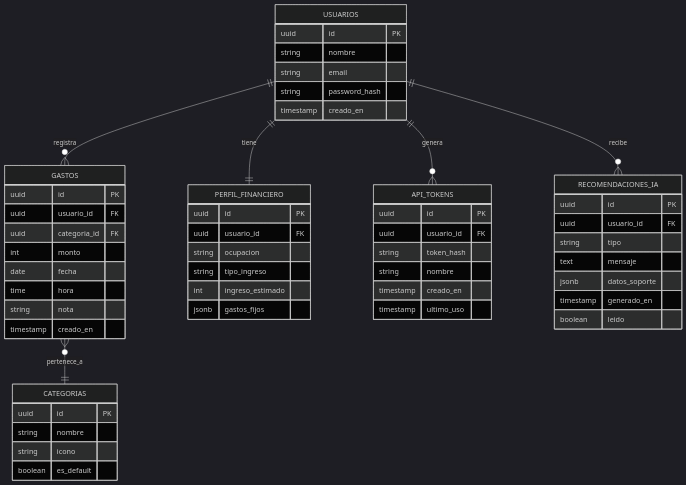
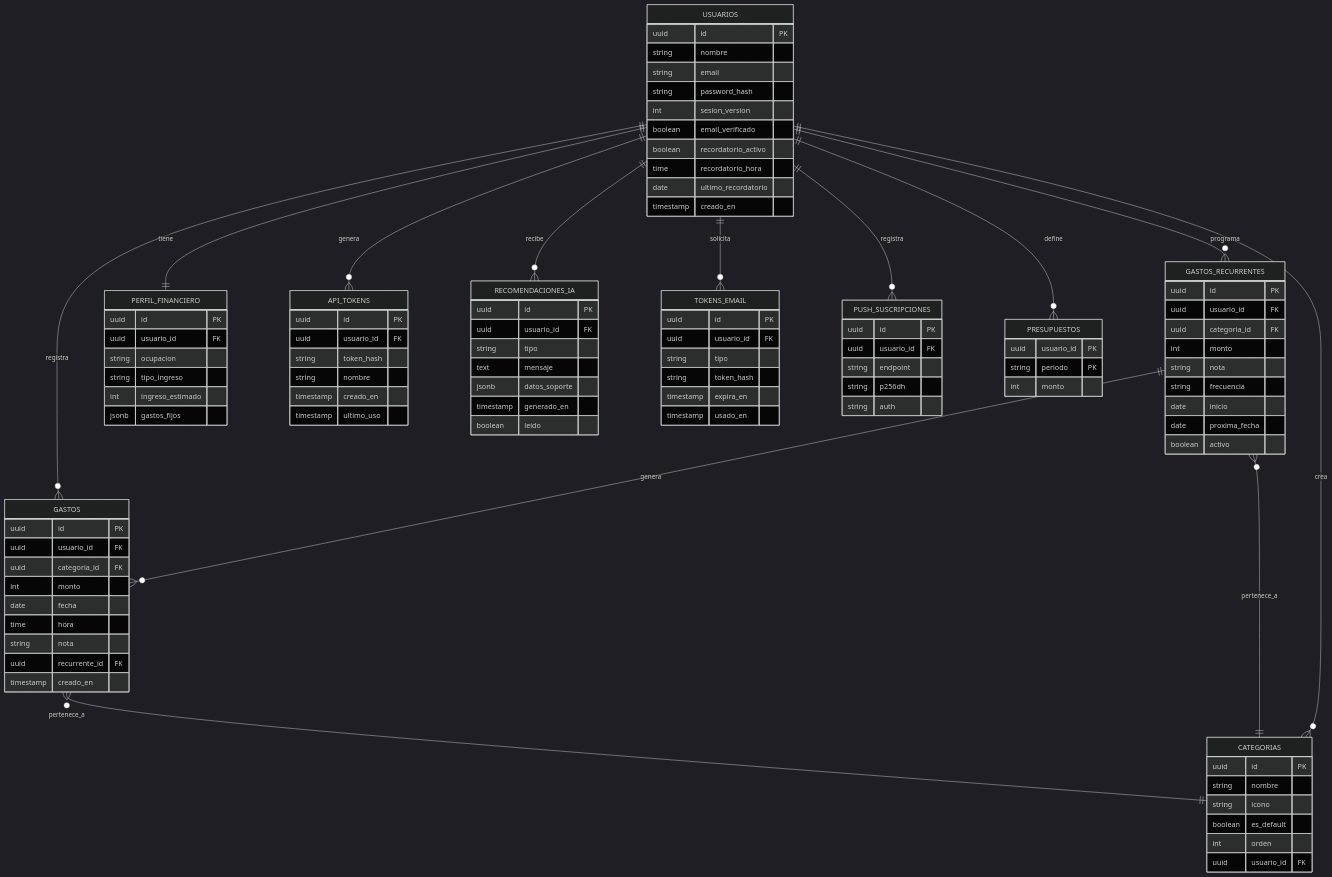
Before and after one commit to PabloEArangoM/pesoxpeso: the diagram in docs/04-modelo-datos.md, drawn with Mermaid (dark theme). The commit also changed other lines of this file and 84 other files, not shown here.

```diff
--- a/docs/04-modelo-datos.md
+++ b/docs/04-modelo-datos.md
@@ -8,6 +8,13 @@
     USUARIOS ||--|| PERFIL_FINANCIERO : tiene
     USUARIOS ||--o{ API_TOKENS : genera
     USUARIOS ||--o{ RECOMENDACIONES_IA : recibe
+    USUARIOS ||--o{ TOKENS_EMAIL : solicita
+    USUARIOS ||--o{ PUSH_SUSCRIPCIONES : registra
+    USUARIOS ||--o{ PRESUPUESTOS : define
+    USUARIOS ||--o{ GASTOS_RECURRENTES : programa
+    USUARIOS ||--o{ CATEGORIAS : crea
+    GASTOS_RECURRENTES ||--o{ GASTOS : genera
+    GASTOS_RECURRENTES }o--|| CATEGORIAS : pertenece_a
     GASTOS }o--|| CATEGORIAS : pertenece_a
 
     USUARIOS {
@@ -15,7 +22,47 @@
         string nombre
         string email
         string password_hash
+        int sesion_version
+        boolean email_verificado
+        boolean recordatorio_activo
+        time recordatorio_hora
+        date ultimo_recordatorio
         timestamp creado_en
+    }
+
+    TOKENS_EMAIL {
+        uuid id PK
+        uuid usuario_id FK
+        string tipo
+        string token_hash
+        timestamp expira_en
+        timestamp usado_en
+    }
+
+    PUSH_SUSCRIPCIONES {
+        uuid id PK
+        uuid usuario_id FK
+        string endpoint
+        string p256dh
+        string auth
+    }
+
+    PRESUPUESTOS {
+        uuid usuario_id PK
+        string periodo PK
+        int monto
+    }
+
+    GASTOS_RECURRENTES {
+        uuid id PK
+        uuid usuario_id FK
+        uuid categoria_id FK
+        int monto
+        string nota
+        string frecuencia
+        date inicio
+        date proxima_fecha
+        boolean activo
     }
 
     API_TOKENS {
@@ -41,6 +88,8 @@
         string nombre
         string icono
         boolean es_default
+        int orden
+        uuid usuario_id FK
     }
 
     GASTOS {
@@ -51,6 +100,7 @@
         date fecha
         time hora
         string nota
+        uuid recurrente_id FK
         timestamp creado_en
     }
 
```
